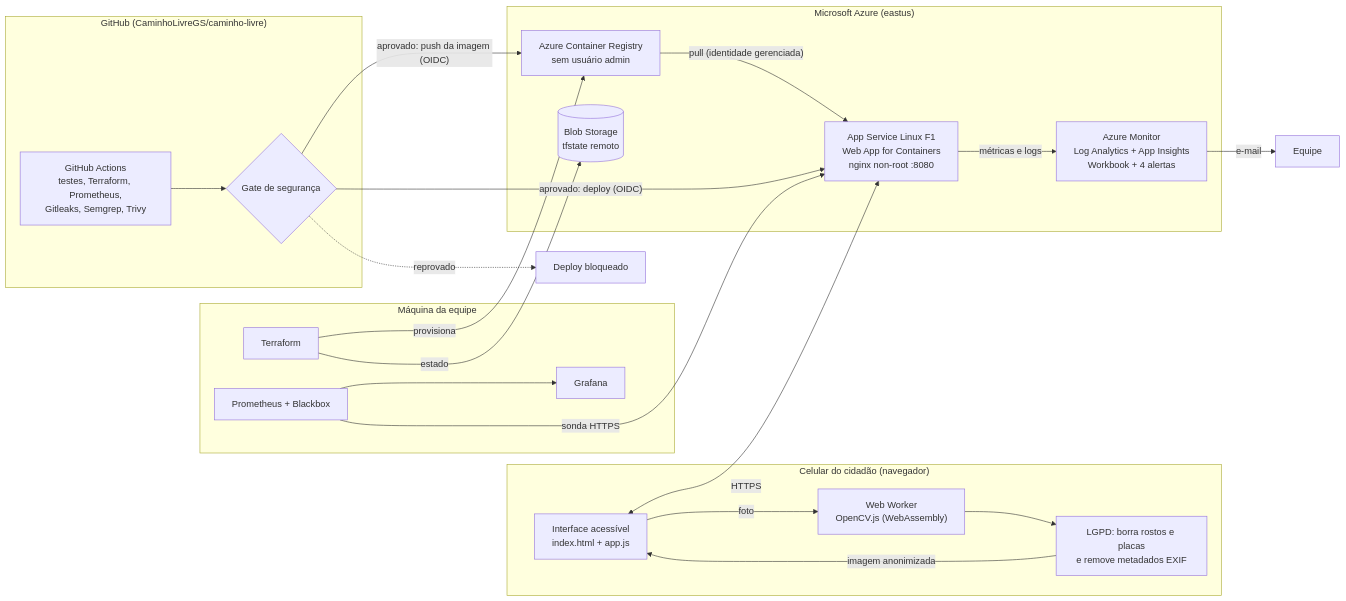
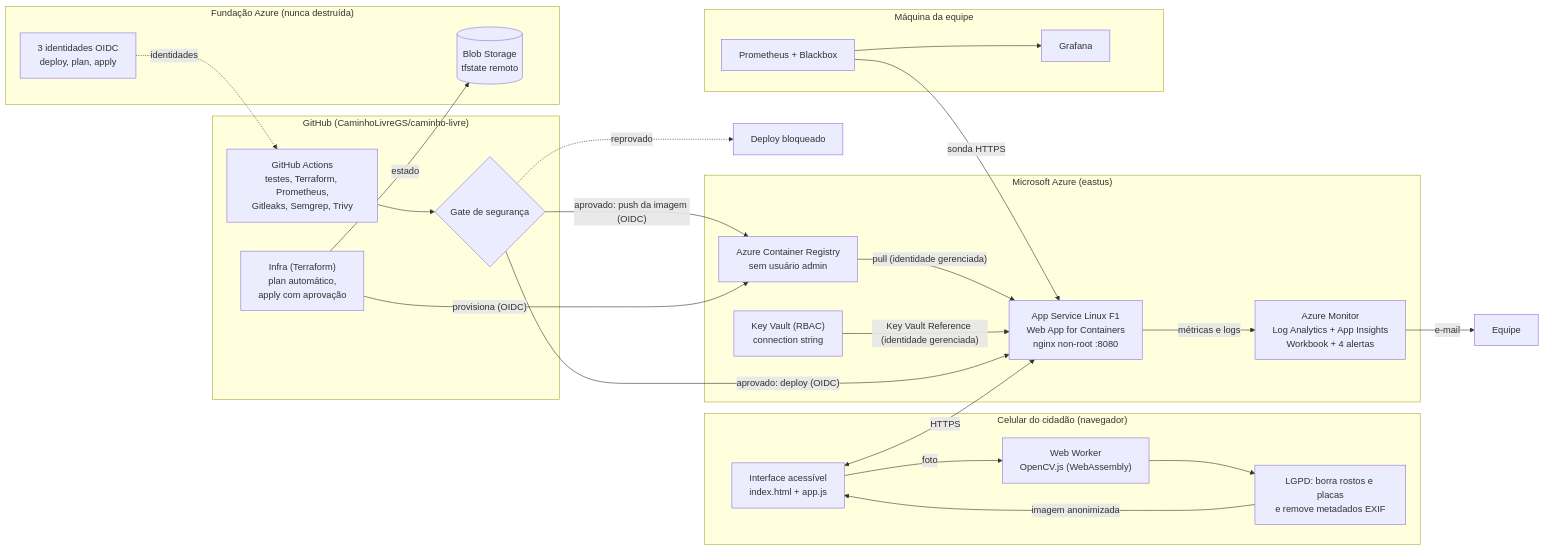
One commit to CaminhoLivreGS/caminho-livre changed the diagram in README.md. Above: the diagram before and after it, drawn with Mermaid. The commit also changed other lines of this file and 15 other files, not shown here.

First line of the commit message:
infra: Key Vault (RBAC) e Terraform plan/apply no CI com OIDC

````diff
--- a/README.md
+++ b/README.md
@@ -27,38 +42,45 @@
 ```mermaid
 flowchart LR
   subgraph Celular["Celular do cidadão (navegador)"]
     UI["Interface acessível<br/>index.html + app.js"]
     W["Web Worker<br/>OpenCV.js (WebAssembly)"]
     L["LGPD: borra rostos e placas<br/>e remove metadados EXIF"]
     UI -->|foto| W --> L -->|imagem anonimizada| UI
   end
 
   subgraph GitHub["GitHub (CaminhoLivreGS/caminho-livre)"]
     GA["GitHub Actions<br/>testes, Terraform, Prometheus,<br/>Gitleaks, Semgrep, Trivy"]
     G{"Gate de segurança"}
+    TF["Infra (Terraform)<br/>plan automático,<br/>apply com aprovação"]
     GA --> G
   end
 
   subgraph Azure["Microsoft Azure (eastus)"]
     ACR["Azure Container Registry<br/>sem usuário admin"]
     APP["App Service Linux F1<br/>Web App for Containers<br/>nginx non-root :8080"]
     MON["Azure Monitor<br/>Log Analytics + App Insights<br/>Workbook + 4 alertas"]
-    ST[("Blob Storage<br/>tfstate remoto")]
+    KV["Key Vault (RBAC)<br/>connection string"]
     ACR -->|"pull (identidade gerenciada)"| APP
     APP -->|métricas e logs| MON
+    KV -->|"Key Vault Reference (identidade gerenciada)"| APP
+  end
+
+  subgraph Fundacao["Fundação Azure (nunca destruída)"]
+    ST[("Blob Storage<br/>tfstate remoto")]
+    ID["3 identidades OIDC<br/>deploy, plan, apply"]
   end
 
   subgraph Local["Máquina da equipe"]
-    TF["Terraform"]
     P["Prometheus + Blackbox"] --> GR["Grafana"]
   end
 
   G -->|"aprovado: push da imagem (OIDC)"| ACR
   G -->|"aprovado: deploy (OIDC)"| APP
   G -.->|reprovado| X["Deploy bloqueado"]
   UI <-->|HTTPS| APP
   MON -->|e-mail| E["Equipe"]
   TF -->|estado| ST
-  TF -->|provisiona| ACR
+  TF -->|"provisiona (OIDC)"| ACR
+  ID -.->|identidades| GA
   P -->|sonda HTTPS| APP
 ```
````
